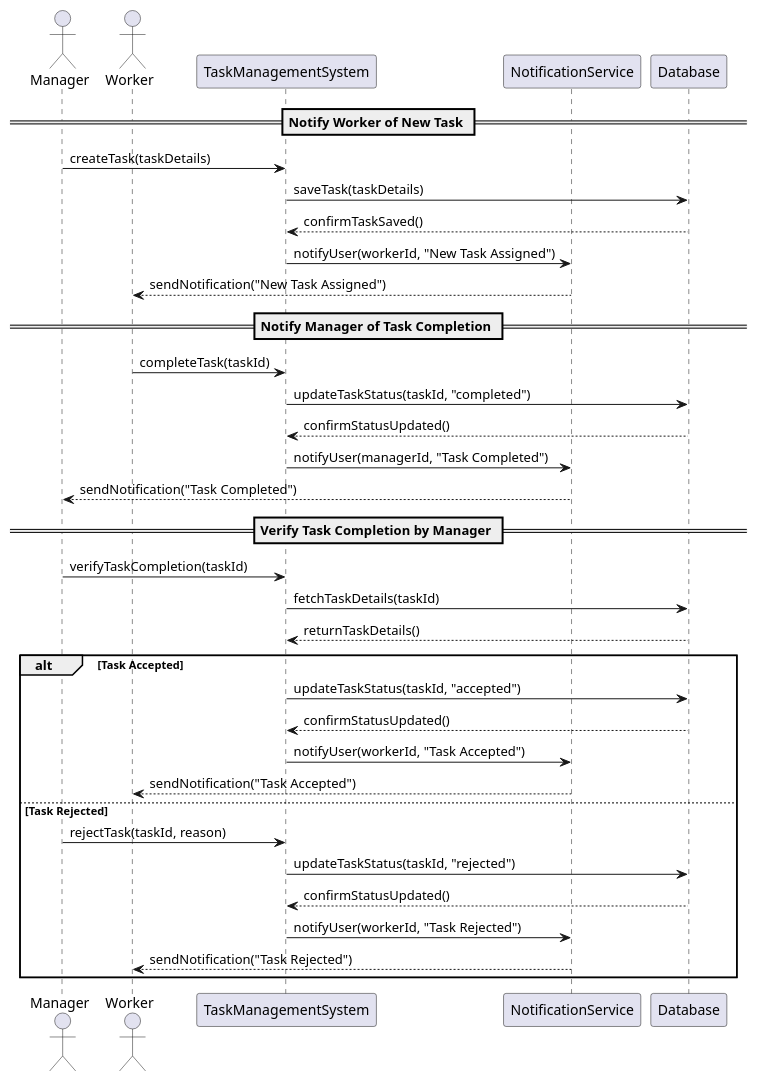
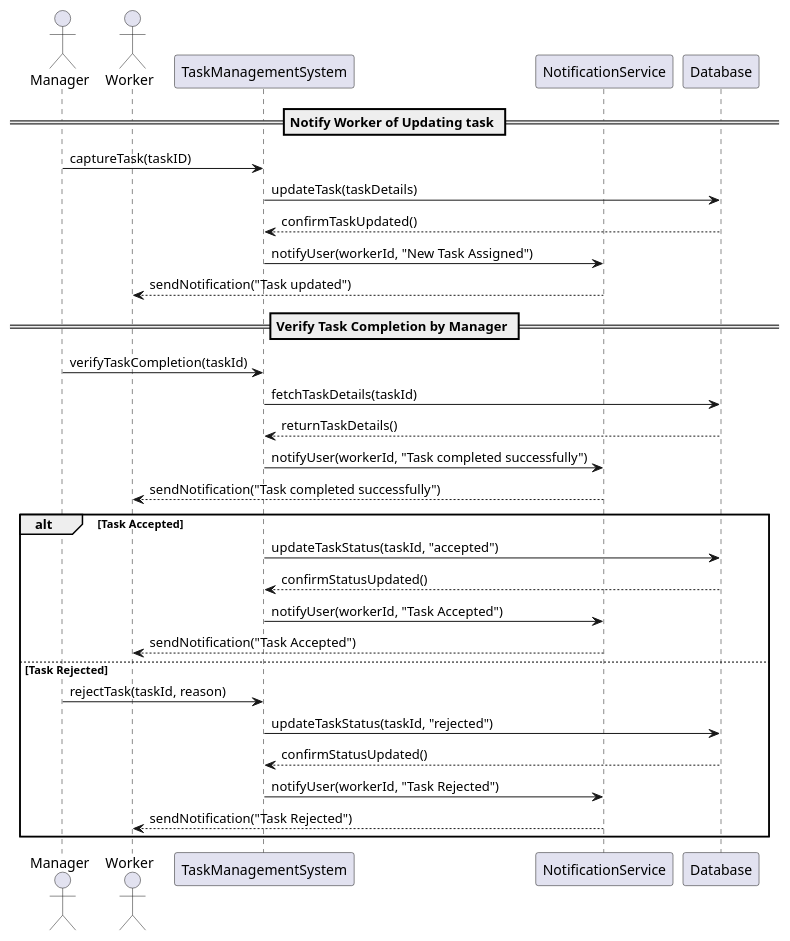
The diagram in Прецеденты/Контроль процесса выполнения/Диаграмма последовательностей контроля выполнения.md (penamarth/bsbo-01-22_team5_var7), drawn with PlantUML before and after one commit.

Commit message:
Update Диаграмма последовательностей контроля выполнения.md

````diff
--- a/Прецеденты/Контроль процесса выполнения/Диаграмма последовательностей контроля выполнения.md
+++ b/Прецеденты/Контроль процесса выполнения/Диаграмма последовательностей контроля выполнения.md
@@ -1,41 +1,37 @@
 ```plantuml
 @startuml
 actor Manager as M
 actor Worker as W
 participant "TaskManagementSystem" as TMS
 participant "NotificationService" as NS
 participant "Database" as DB
 
-== Notify Worker of New Task ==
-M -> TMS : createTask(taskDetails)
-TMS -> DB : saveTask(taskDetails)
-DB --> TMS : confirmTaskSaved()
+== Notify Worker of Updating task ==
+M -> TMS : captureTask(taskID)
+TMS -> DB : updateTask(taskDetails)
+DB --> TMS : confirmTaskUpdated()
 TMS -> NS : notifyUser(workerId, "New Task Assigned")
-NS --> W : sendNotification("New Task Assigned")
-
-== Notify Manager of Task Completion ==
-W -> TMS : completeTask(taskId)
-TMS -> DB : updateTaskStatus(taskId, "completed")
-DB --> TMS : confirmStatusUpdated()
-TMS -> NS : notifyUser(managerId, "Task Completed")
-NS --> M : sendNotification("Task Completed")
+NS --> W : sendNotification("Task updated")
 
 == Verify Task Completion by Manager ==
 M -> TMS : verifyTaskCompletion(taskId)
 TMS -> DB : fetchTaskDetails(taskId)
 DB --> TMS : returnTaskDetails()
+TMS -> NS : notifyUser(workerId, "Task completed successfully")
+NS --> W : sendNotification("Task completed successfully")
+
 alt Task Accepted
     TMS -> DB : updateTaskStatus(taskId, "accepted")
     DB --> TMS : confirmStatusUpdated()
     TMS -> NS : notifyUser(workerId, "Task Accepted")
     NS --> W : sendNotification("Task Accepted")
 else Task Rejected
     M -> TMS : rejectTask(taskId, reason)
     TMS -> DB : updateTaskStatus(taskId, "rejected")
     DB --> TMS : confirmStatusUpdated()
     TMS -> NS : notifyUser(workerId, "Task Rejected")
     NS --> W : sendNotification("Task Rejected")
 end
 @enduml
 
 ```
````
